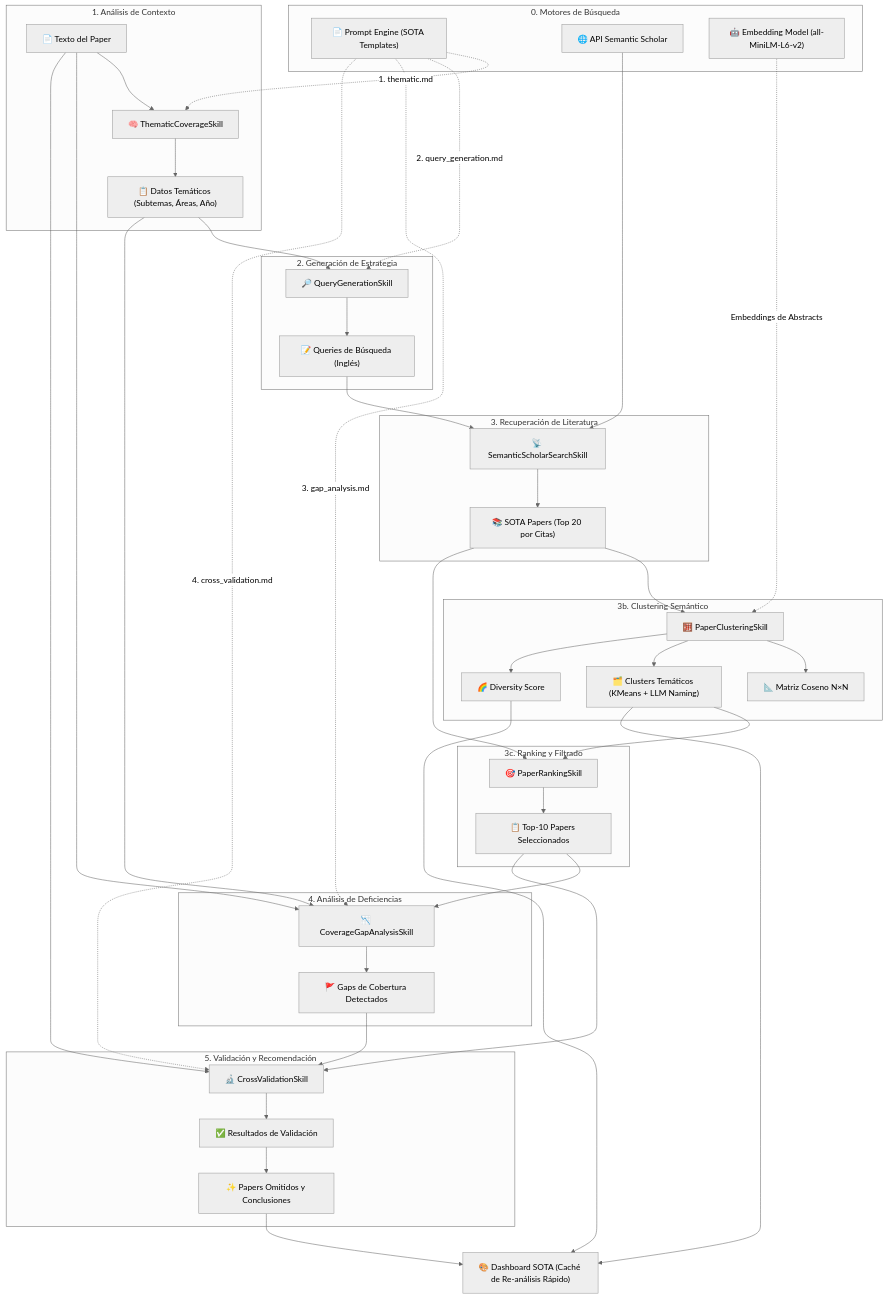
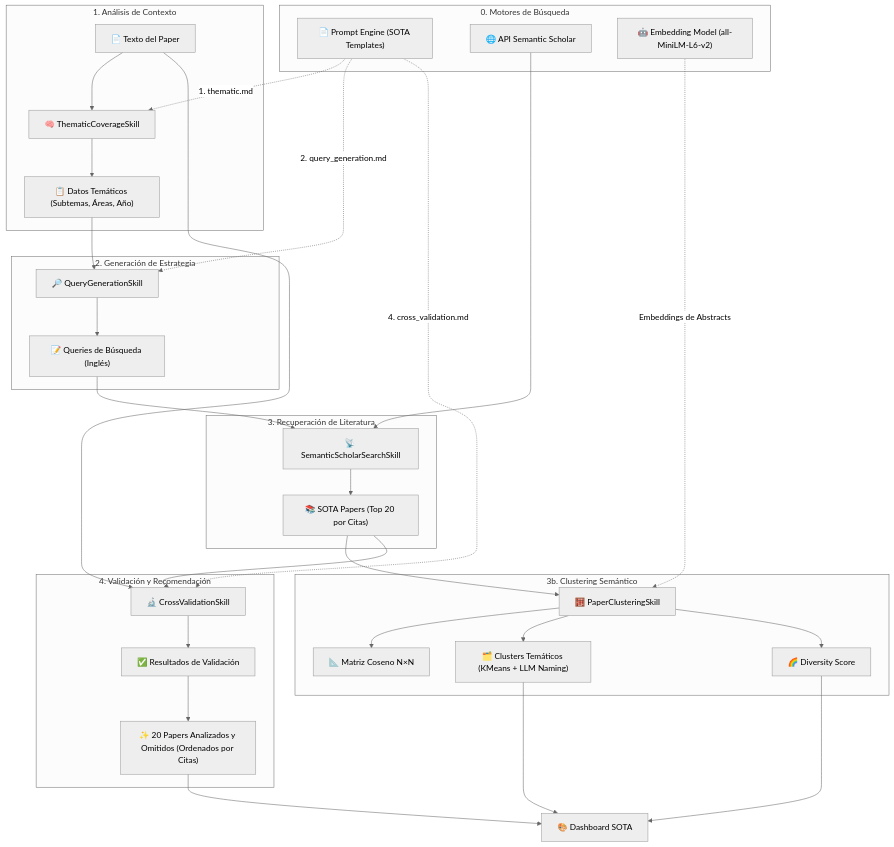
One commit to pedrosalvo04/TFG.-llm-paper-auditor changed the diagram in SOTA_WORKFLOW.md. Above: the diagram before and after it, drawn with Mermaid (neutral theme). The commit also changed other lines of this file and 4 other files, not shown here.

Commit message:
Simplificar pipeline SOTA a 5 fases y actualizar diagrama

````diff
--- a/SOTA_WORKFLOW.md
+++ b/SOTA_WORKFLOW.md
@@ -24,55 +24,44 @@
 ```mermaid
 graph TD
     subgraph "0. Motores de Búsqueda"
         PE["📄 Prompt Engine (SOTA Templates)"]
         SS["🌐 API Semantic Scholar"]
         EM["🤖 Embedding Model (all-MiniLM-L6-v2)"]
     end
 
     subgraph "1. Análisis de Contexto"
         A["📄 Texto del Paper"] --> B["🧠 ThematicCoverageSkill"]
         PE -. "1. thematic.md" .-> B
         B --> C["📋 Datos Temáticos (Subtemas, Áreas, Año)"]
     end
 
     subgraph "2. Generación de Estrategia"
         C --> D["🔎 QueryGenerationSkill"]
         PE -. "2. query_generation.md" .-> D
         D --> E["📝 Queries de Búsqueda (Inglés)"]
     end
 
     subgraph "3. Recuperación de Literatura"
         E --> F["📡 SemanticScholarSearchSkill"]
         SS --> F
         F --> G["📚 SOTA Papers (Top 20 por Citas)"]
     end
 
     subgraph "3b. Clustering Semántico"
         G --> CL["🧮 PaperClusteringSkill"]
         EM -. "Embeddings de Abstracts" .-> CL
         CL --> CLA["📐 Matriz Coseno N×N"]
         CL --> CLB["🗂️ Clusters Temáticos (KMeans + LLM Naming)"]
         CL --> CLC["🌈 Diversity Score"]
     end
 
-    subgraph "3c. Ranking y Filtrado"
-        G & CLB --> R["🎯 PaperRankingSkill"]
-        R --> RA["📋 Top-10 Papers Seleccionados"]
+    subgraph "4. Validación y Recomendación"
+        A & G --> J["🔬 CrossValidationSkill"]
+        PE -. "4. cross_validation.md" .-> J
+        J --> K["✅ Resultados de Validación"]
+        K --> L["✨ 20 Papers Analizados y Omitidos (Ordenados por Citas)"]
     end
 
-    subgraph "4. Análisis de Deficiencias"
-        A & C & RA --> H["📉 CoverageGapAnalysisSkill"]
-        PE -. "3. gap_analysis.md" .-> H
-        H --> I["🚩 Gaps de Cobertura Detectados"]
-    end
-
-    subgraph "5. Validación y Recomendación"
-        A & RA & I --> J["🔬 CrossValidationSkill"]
-        PE -. "4. cross_validation.md" .-> J
-        J --> K["✅ Resultados de Validación"]
-        K --> L["✨ Papers Omitidos y Conclusiones"]
-    end
-
-    CLB & CLC --> M["🎨 Dashboard SOTA (Caché de Re-análisis Rápido)"]
+    CLB & CLC --> M["🎨 Dashboard SOTA"]
     L --> M
 ```
````
